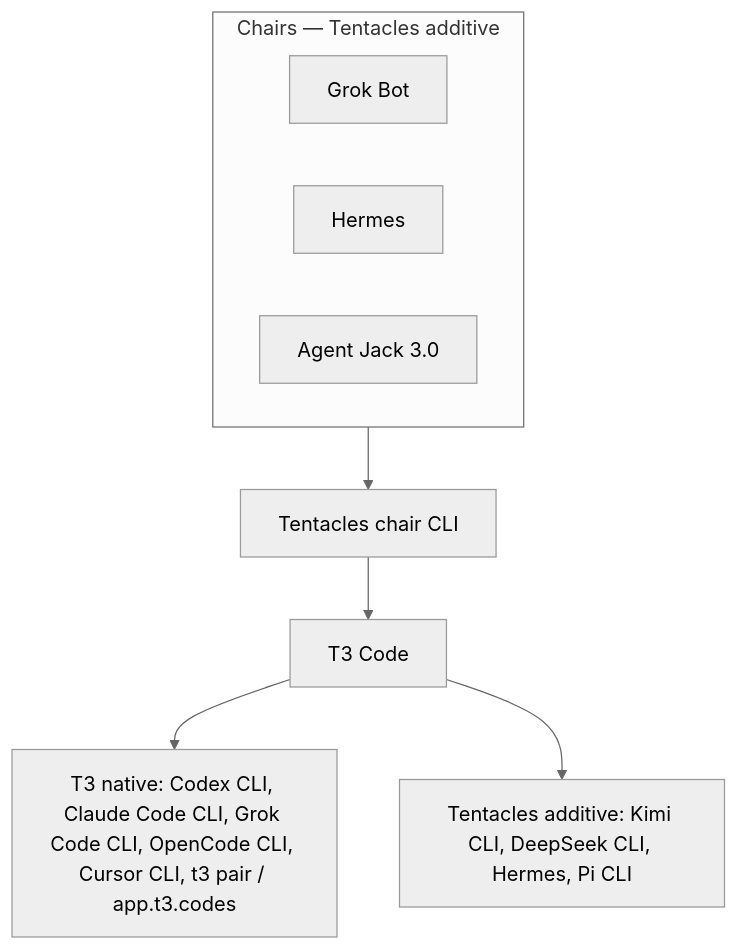
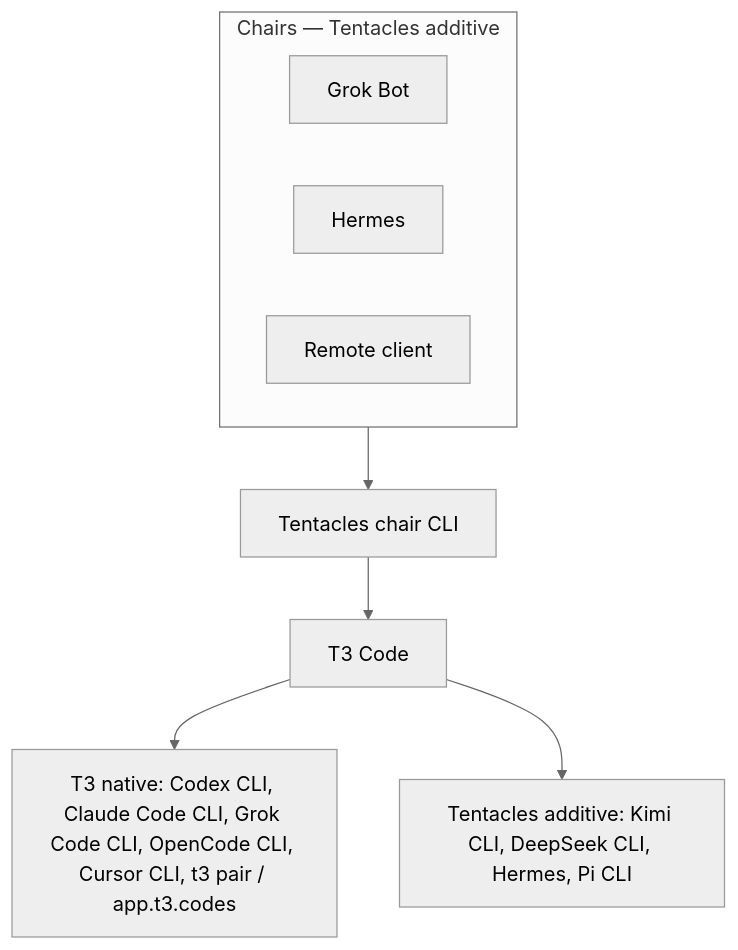
The diagram in README.md (m-check1B/t3-code-tentacles), drawn with Mermaid (neutral theme) before and after one commit. The commit also changed other lines of this file and 25 other files, not shown here.

````diff
--- a/README.md
+++ b/README.md
@@ -89,13 +90,13 @@
 ```mermaid
 flowchart TB
     subgraph Chairs["Chairs — Tentacles additive"]
         direction LR
         GrokBot["Grok Bot"]
         HermesChair["Hermes"]
-        Jack["Agent Jack 3.0"]
+        Remote["Remote client"]
     end
     Chairs --> ChairCLI["Tentacles chair CLI"]
     ChairCLI --> T3["T3 Code"]
     T3 --> Native["T3 native: Codex CLI, Claude Code CLI, Grok Code CLI, OpenCode CLI, Cursor CLI, t3 pair / app.t3.codes"]
     T3 --> Additive["Tentacles additive: Kimi CLI, DeepSeek CLI, Hermes, Pi CLI"]
 ```
````
